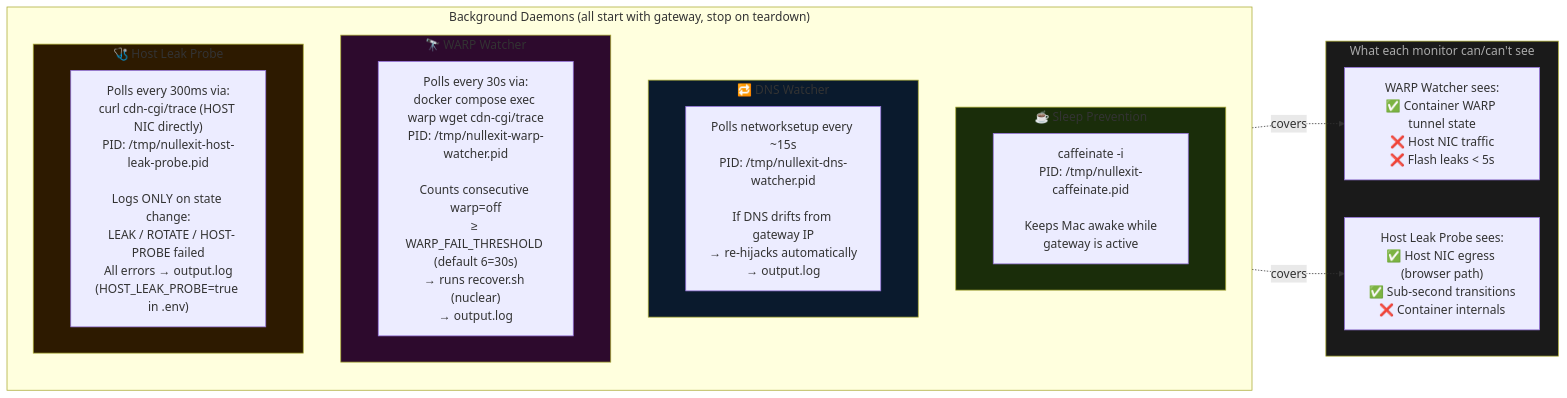
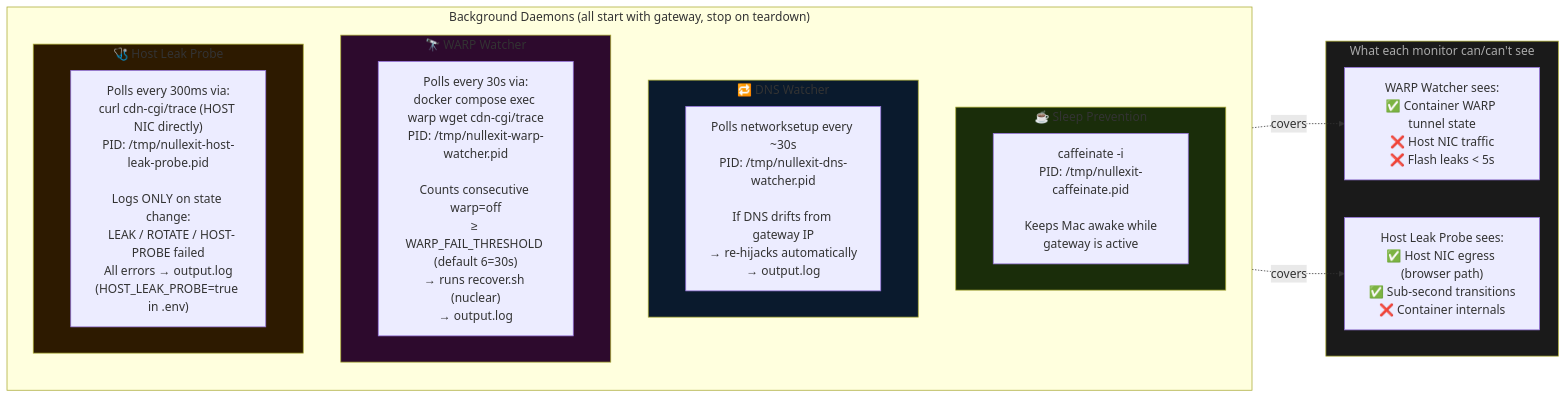
One commit to OmarAlaaeldein/nullexit changed the fourth of 7 diagrams in diagrams.md. Above: the diagram before and after it, drawn with Mermaid. The commit also changed other lines of this file, not shown here.

First line of the commit message:
docs(diagrams): fix DNS Watcher poll rate (15s→30s), add LAN P2P detection to watcher node

````diff
--- a/diagrams.md
+++ b/diagrams.md
@@ -175,36 +176,36 @@
 ```mermaid
 graph LR
     subgraph DAEMONS["Background Daemons (all start with gateway, stop on teardown)"]
         direction TB
 
         subgraph D1["☕ Sleep Prevention"]
             CAFF["caffeinate -i\nPID: /tmp/nullexit-caffeinate.pid\n\nKeeps Mac awake while\ngateway is active"]
         end
 
         subgraph D2["🔁 DNS Watcher"]
-            DNSW["Polls networksetup every ~15s\nPID: /tmp/nullexit-dns-watcher.pid\n\nIf DNS drifts from gateway IP\n→ re-hijacks automatically\n→ output.log"]
+            DNSW["Polls networksetup every ~30s\nPID: /tmp/nullexit-dns-watcher.pid\n\nIf DNS drifts from gateway IP\n→ re-hijacks automatically\n→ output.log"]
         end
 
         subgraph D3["🔭 WARP Watcher"]
             WARPW["Polls every 30s via:\ndocker compose exec warp wget cdn-cgi/trace\nPID: /tmp/nullexit-warp-watcher.pid\n\nCounts consecutive warp=off\n≥ WARP_FAIL_THRESHOLD (default 6=30s)\n→ runs recover.sh (nuclear)\n→ output.log"]
         end
 
         subgraph D4["🩺 Host Leak Probe"]
             LEAKP["Polls every 300ms via:\ncurl cdn-cgi/trace (HOST NIC directly)\nPID: /tmp/nullexit-host-leak-probe.pid\n\nLogs ONLY on state change:\n  LEAK / ROTATE / HOST-PROBE failed\nAll errors → output.log\n(HOST_LEAK_PROBE=true in .env)"]
         end
     end
 
     subgraph BLIND["What each monitor can/can't see"]
         B1["WARP Watcher sees:\n✅ Container WARP tunnel state\n❌ Host NIC traffic\n❌ Flash leaks < 5s"]
         B2["Host Leak Probe sees:\n✅ Host NIC egress (browser path)\n✅ Sub-second transitions\n❌ Container internals"]
     end
 
     D3 -.->|"covers"| B1
     D4 -.->|"covers"| B2
 
     style D1 fill:#1a2d0a
     style D2 fill:#0a1a2d
     style D3 fill:#2d0a2d
     style D4 fill:#2d1a00
     style BLIND fill:#1a1a1a,color:#aaa
 ```
````
